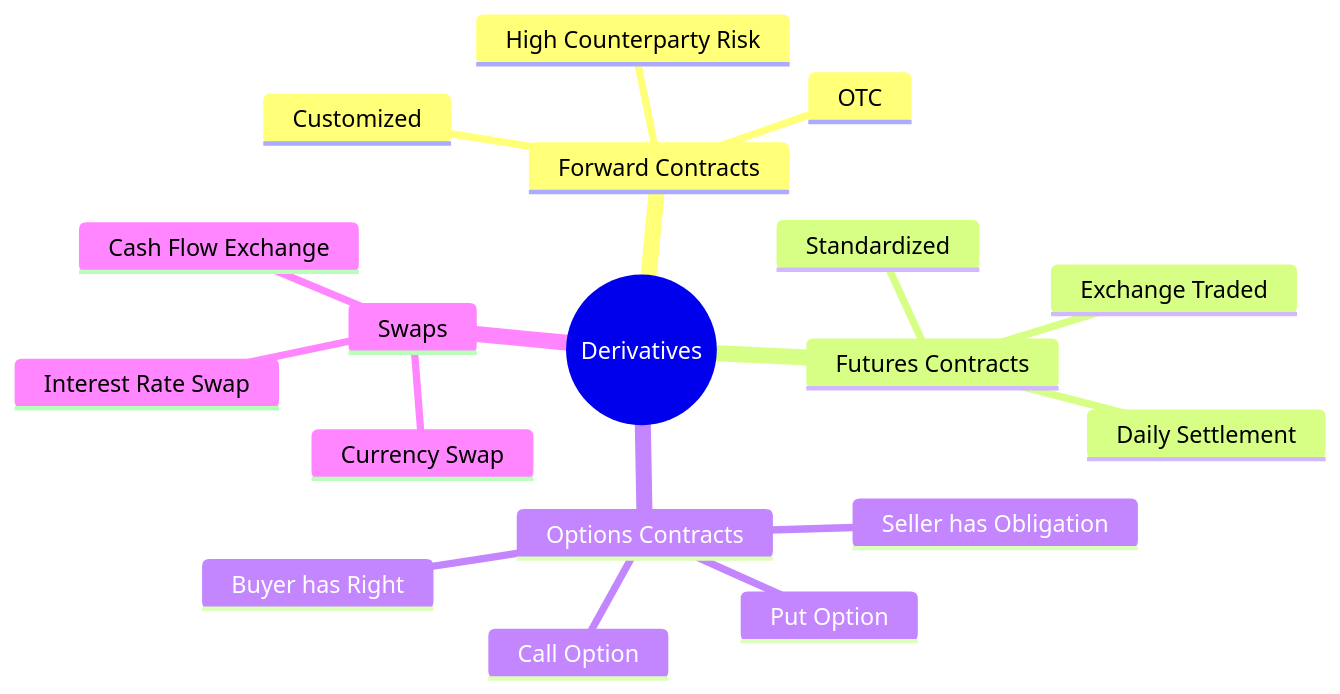
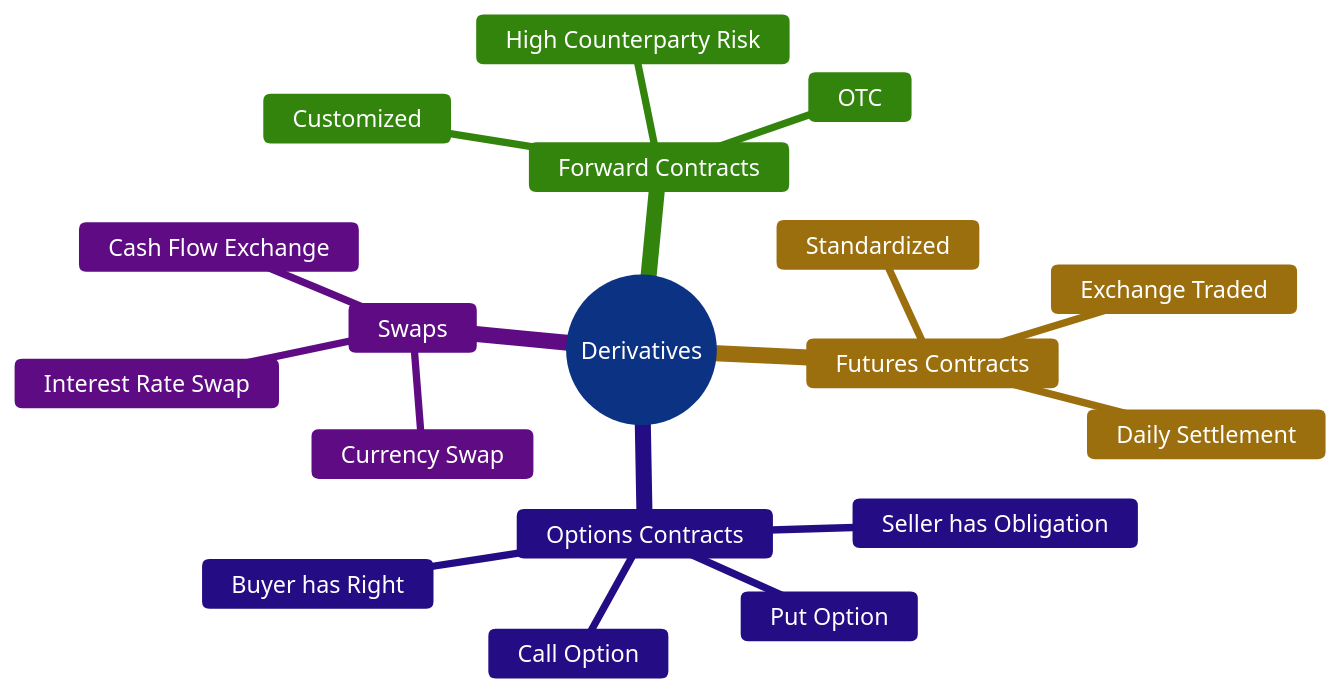
Before and after one commit to sachinchakrawarti69/studies: the first of 2 diagrams in disciplines/commerce/futures_n_options/01_derivatives_basics/03_types_of_derivatives.md, drawn with Mermaid. The commit also changed 1 other file, not shown here.

Commit message:
[#10] 📝 Update 2 documentation

````diff
--- a/disciplines/commerce/futures_n_options/01_derivatives_basics/03_types_of_derivatives.md
+++ b/disciplines/commerce/futures_n_options/01_derivatives_basics/03_types_of_derivatives.md
@@ -39,21 +39,34 @@
 ```mermaid
+%%{init: {
+  "theme": "base",
+  "themeVariables": {
+    "primaryColor": "#2563eb",
+    "primaryTextColor": "#ffffff",
+    "primaryBorderColor": "#1d4ed8",
+    "lineColor": "#64748b",
+    "fontSize": "16px",
+    "textColor": "#111827",
+    "background": "#ffffff"
+  }
+}}%%
+
 mindmap
   root((Derivatives))
     Forward Contracts
       Customized
       OTC
       High Counterparty Risk
     Futures Contracts
       Standardized
       Exchange Traded
       Daily Settlement
     Options Contracts
       Call Option
       Put Option
       Buyer has Right
       Seller has Obligation
     Swaps
       Interest Rate Swap
       Currency Swap
       Cash Flow Exchange
 ```
````
